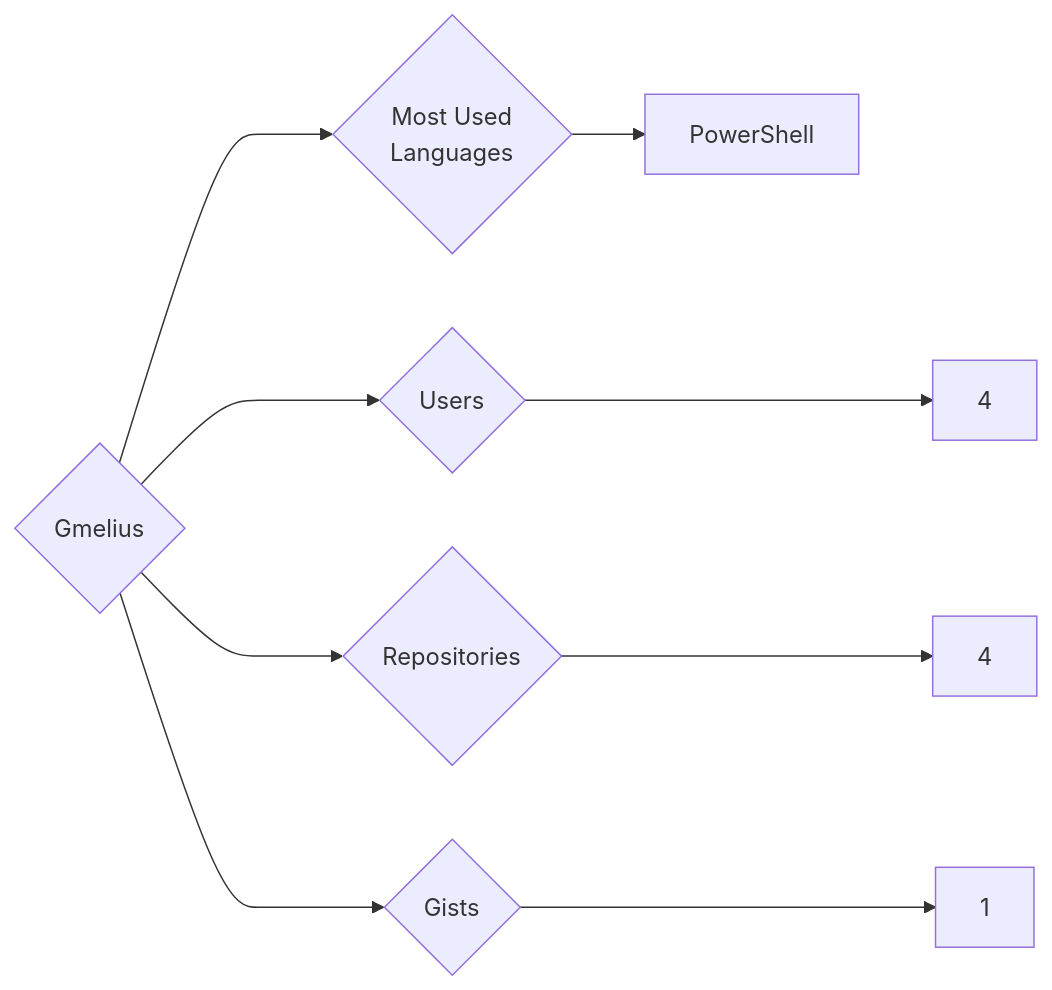
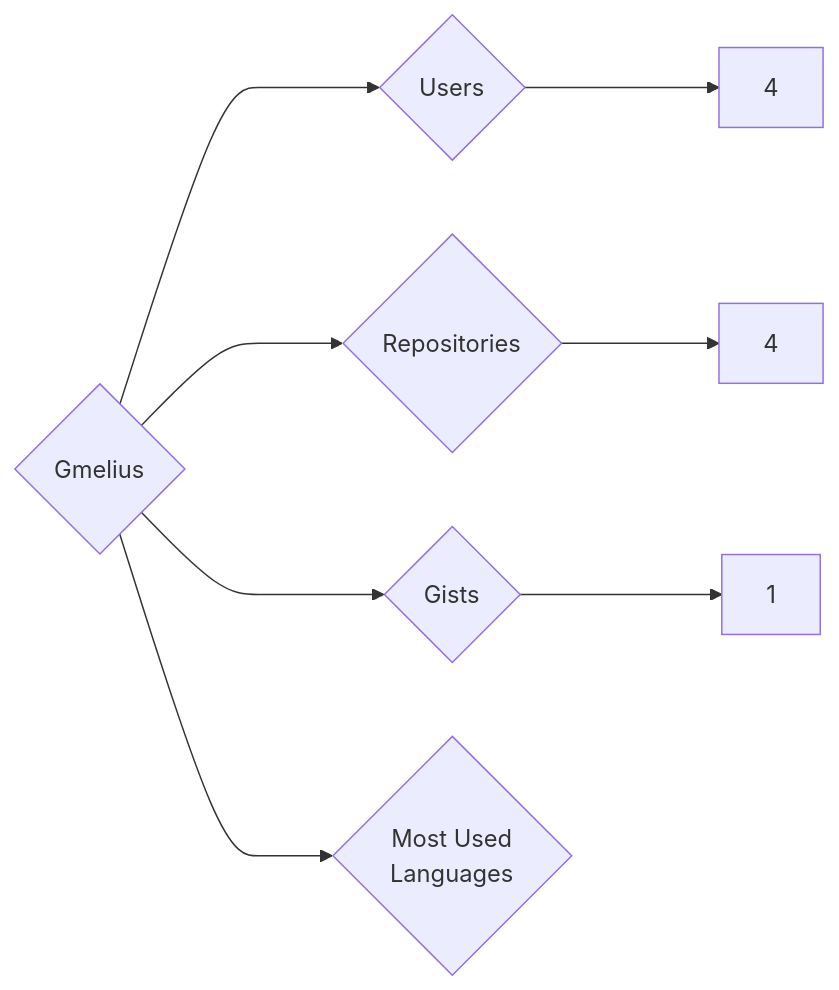
One commit to trickest/insiders changed the diagram in targets/Gmelius/README.md. Above: the diagram before and after it, drawn with Mermaid. The commit also changed 559 other files, not shown here.

````diff
--- a/targets/Gmelius/README.md
+++ b/targets/Gmelius/README.md
@@ -3,9 +3,8 @@
 ```mermaid
 graph LR
 COMPANY_NAME{Gmelius}
 COMPANY_NAME ---> U{Users} ---> UN[4]
 COMPANY_NAME ---> R{Repositories} ---> RN[4]
 COMPANY_NAME ---> G{Gists} ---> GN[1]
 COMPANY_NAME ---> ML{Most Used<br>Languages}
-ML --> PowerShell[PowerShell]
 ```
````
